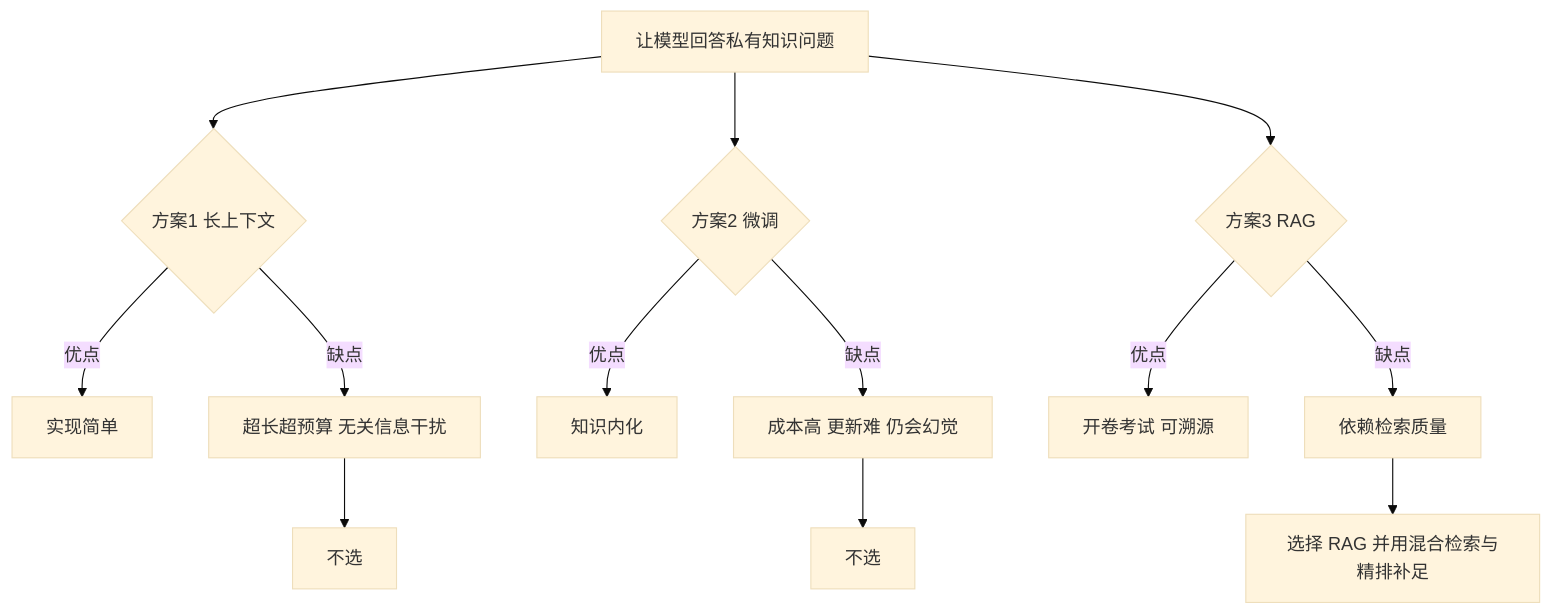
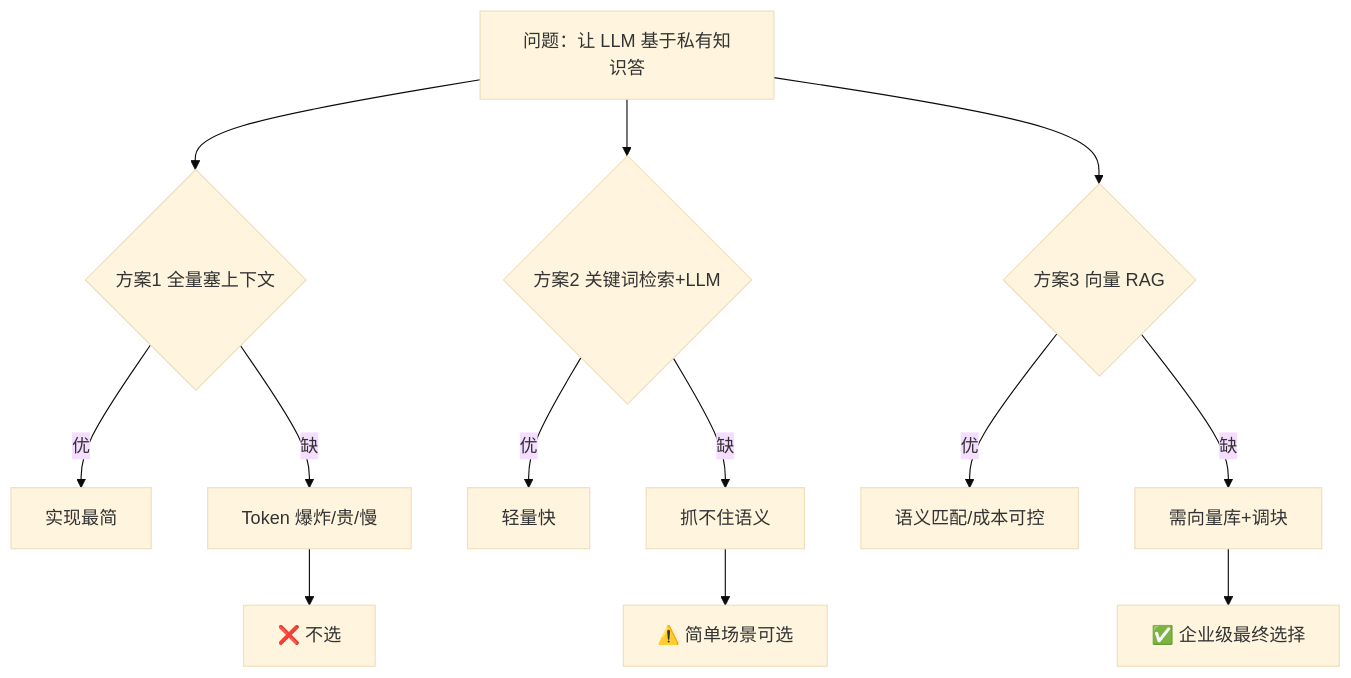
The second of 16 diagrams in docs/omnirag_learning_doc.md (asfhkkkvh/agent), drawn with Mermaid (base theme) before and after one commit. The commit also changed other lines of this file and 23 other files, not shown here.

First line of the commit message:
feat: LLM 迁移智谱 GLM + 移除知识图谱 + RAGAS 改轻量评估

````diff
--- a/docs/omnirag_learning_doc.md
+++ b/docs/omnirag_learning_doc.md
@@ -154,15 +167,15 @@
 ```mermaid
 flowchart TD
-    A[让模型回答私有知识问题] --> B{方案1 长上下文}
-    B -->|优点| B1[实现简单]
-    B -->|缺点| B2[超长超预算 无关信息干扰]
-    B2 --> X1[不选]
-    A --> C{方案2 微调}
-    C -->|优点| C1[知识内化]
-    C -->|缺点| C2[成本高 更新难 仍会幻觉]
-    C2 --> X2[不选]
-    A --> D{方案3 RAG}
-    D -->|优点| D1[开卷考试 可溯源]
-    D -->|缺点| D2[依赖检索质量]
-    D2 --> Y[选择 RAG 并用混合检索与精排补足]
+    A[问题：让 LLM 基于私有知识答] --> B{方案1 全量塞上下文}
+    B -->|优| C[实现最简]
+    B -->|缺| D[Token 爆炸/贵/慢]
+    D --> E[❌ 不选]
+    A --> F{方案2 关键词检索+LLM}
+    F -->|优| G[轻量快]
+    F -->|缺| H[抓不住语义]
+    H --> I[⚠️ 简单场景可选]
+    A --> J{方案3 向量 RAG}
+    J -->|优| K[语义匹配/成本可控]
+    J -->|缺| L[需向量库+调块]
+    L --> M[✅ 企业级最终选择]
 ```
````
